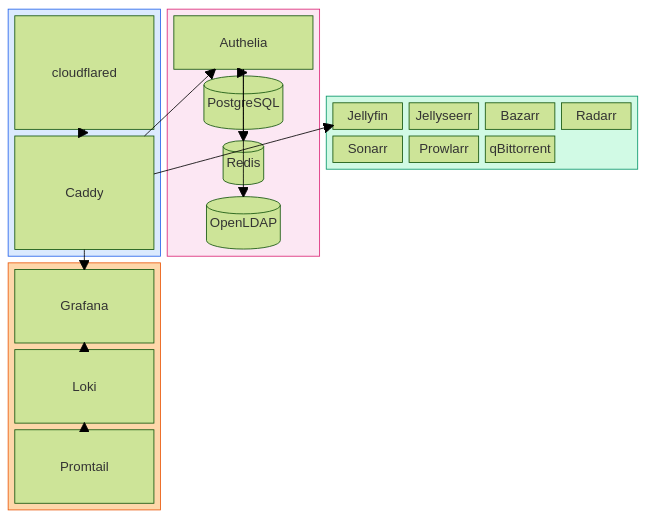
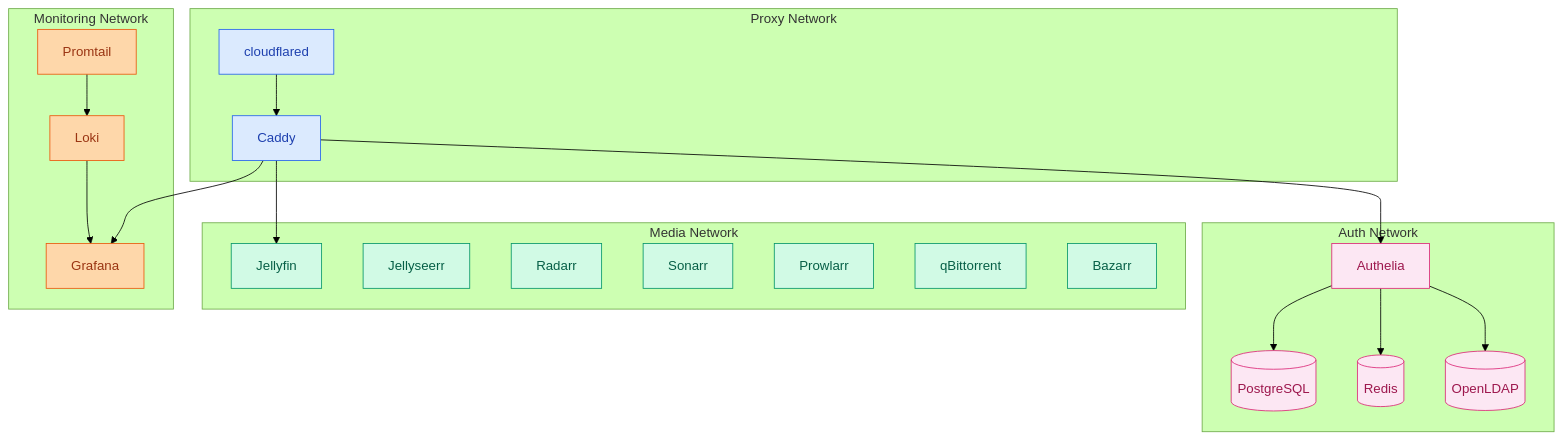
Before and after one commit to Mykyta-Home-Server/homeserver: the fourth of 4 diagrams in docs-site/src/content/docs/guides/introduction.mdx, drawn with Mermaid (forest theme). The commit also changed other lines of this file and 2 other files, not shown here.

First line of the commit message:
Fix Mermaid diagrams: switch from block-beta to flowchart

````diff
--- a/docs-site/src/content/docs/guides/introduction.mdx
+++ b/docs-site/src/content/docs/guides/introduction.mdx
@@ -168,52 +166,50 @@
 ```mermaid
-block-beta
-    columns 4
-
-    block:proxy:1
-        columns 1
-        p1["cloudflared"]
-        p2["Caddy"]
+flowchart TB
+    subgraph proxy[Proxy Network]
+        cloudflared[cloudflared]
+        Caddy[Caddy]
     end
 
-    block:auth:1
-        columns 1
-        a1["Authelia"]
-        a2[("PostgreSQL")]
-        a3[("Redis")]
-        a4[("OpenLDAP")]
+    subgraph auth[Auth Network]
+        Authelia[Authelia]
+        PostgreSQL[(PostgreSQL)]
+        Redis[(Redis)]
+        OpenLDAP[(OpenLDAP)]
     end
 
-    block:media:2
-        columns 4
-        m1["Jellyfin"]
-        m2["Jellyseerr"]
-        m3["Bazarr"]
-        m4["Radarr"]
-        m5["Sonarr"]
-        m6["Prowlarr"]
-        m7["qBittorrent"]
-        space
+    subgraph media[Media Network]
+        Jellyfin[Jellyfin]
+        Jellyseerr[Jellyseerr]
+        Radarr[Radarr]
+        Sonarr[Sonarr]
+        Prowlarr[Prowlarr]
+        qBit[qBittorrent]
+        Bazarr[Bazarr]
     end
 
-    block:monitoring:1
-        columns 1
-        mon1["Grafana"]
-        mon2["Loki"]
-        mon3["Promtail"]
+    subgraph monitoring[Monitoring Network]
+        Grafana[Grafana]
+        Loki[Loki]
+        Promtail[Promtail]
     end
 
-    p1 --> p2
-    p2 --> a1
-    p2 --> m1
-    p2 --> mon1
-    a1 --> a2
-    a1 --> a3
-    a1 --> a4
-    mon3 --> mon2
-    mon2 --> mon1
+    cloudflared --> Caddy
+    Caddy --> Authelia
+    Caddy --> Jellyfin
+    Caddy --> Grafana
+    Authelia --> PostgreSQL
+    Authelia --> Redis
+    Authelia --> OpenLDAP
+    Promtail --> Loki
+    Loki --> Grafana
 
-    style proxy fill:#dbeafe,stroke:#2563eb
-    style auth fill:#fce7f3,stroke:#db2777
-    style media fill:#d1fae5,stroke:#059669
-    style monitoring fill:#fed7aa,stroke:#ea580c
+    classDef proxyNet fill:#dbeafe,stroke:#2563eb,color:#1e40af
+    classDef authNet fill:#fce7f3,stroke:#db2777,color:#9d174d
+    classDef mediaNet fill:#d1fae5,stroke:#059669,color:#065f46
+    classDef monitorNet fill:#fed7aa,stroke:#ea580c,color:#9a3412
+
+    class cloudflared,Caddy proxyNet
+    class Authelia,PostgreSQL,Redis,OpenLDAP authNet
+    class Jellyfin,Jellyseerr,Radarr,Sonarr,Prowlarr,qBit,Bazarr mediaNet
+    class Grafana,Loki,Promtail monitorNet
 ```
````
